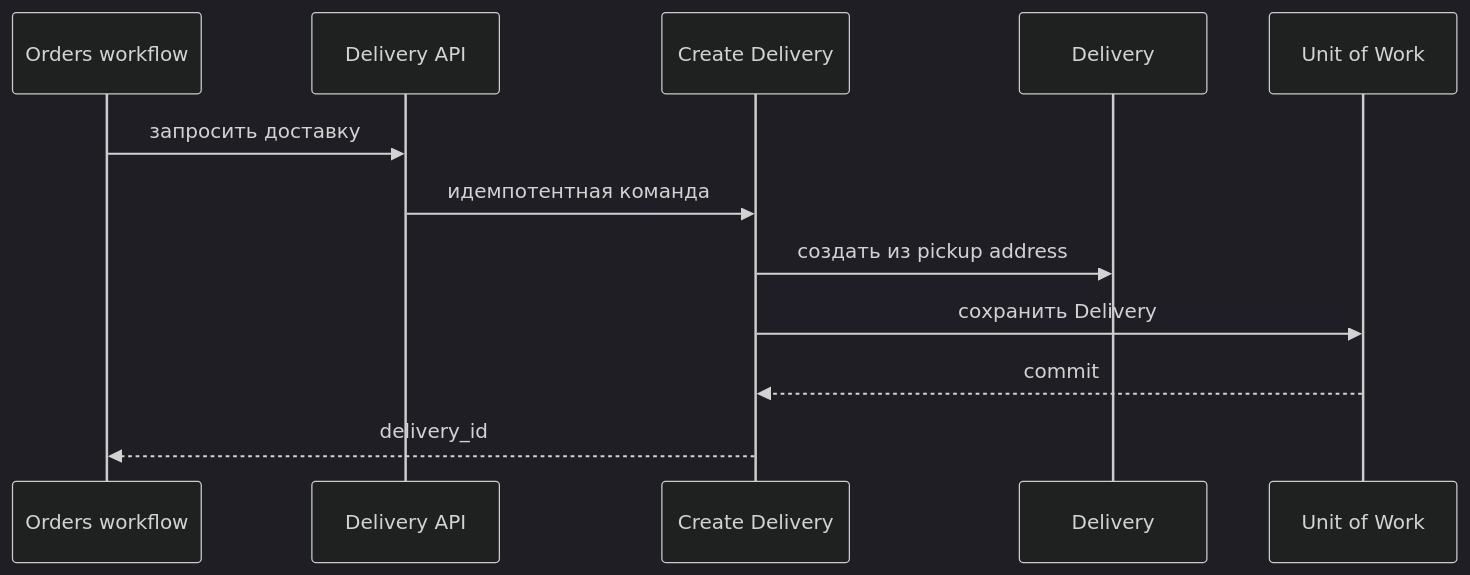
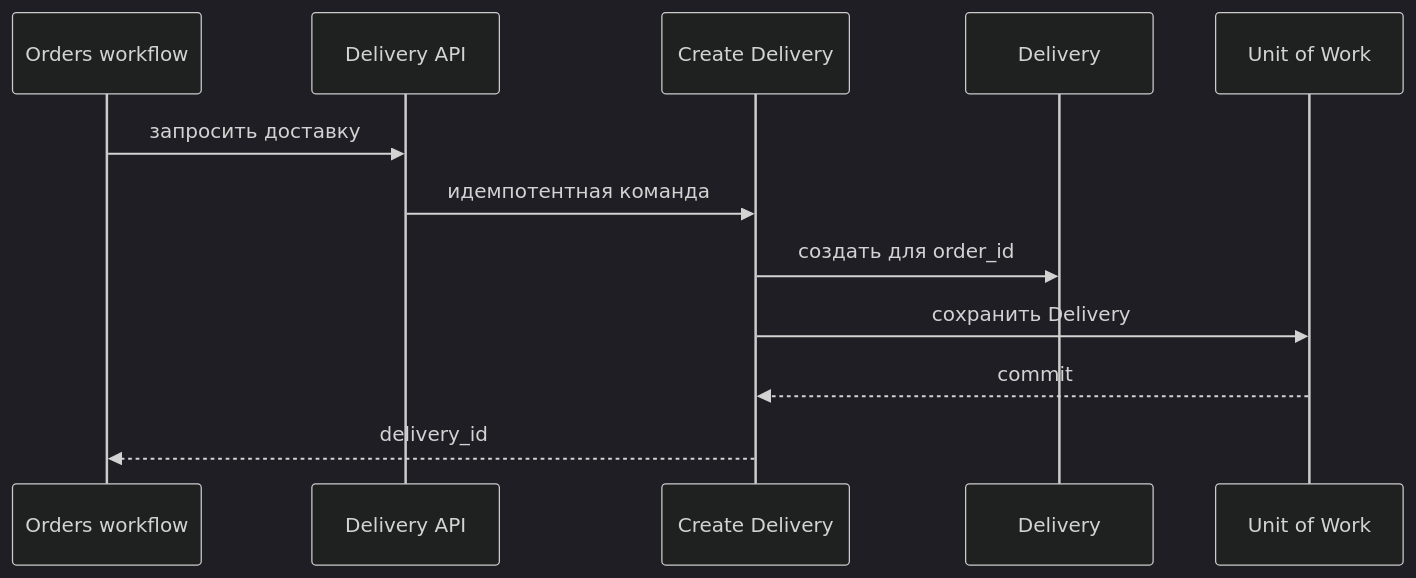
The diagram in boundaries/delivery/slices/delivery/applications/create_delivery/README.md (batazor/nomnom), drawn with Mermaid (dark theme) before and after one commit. The commit also changed other lines of this file and 168 other files, not shown here.

````diff
--- a/boundaries/delivery/slices/delivery/applications/create_delivery/README.md
+++ b/boundaries/delivery/slices/delivery/applications/create_delivery/README.md
@@ -18,14 +18,14 @@
 ```mermaid
 sequenceDiagram
     participant Workflow as Orders workflow
     participant API as Delivery API
     participant App as Create Delivery
     participant Delivery
     participant Store as Unit of Work
     Workflow->>API: запросить доставку
     API->>App: идемпотентная команда
-    App->>Delivery: создать из pickup address
+    App->>Delivery: создать для order_id
     App->>Store: сохранить Delivery
     Store-->>App: commit
     App-->>Workflow: delivery_id
 ```
````
